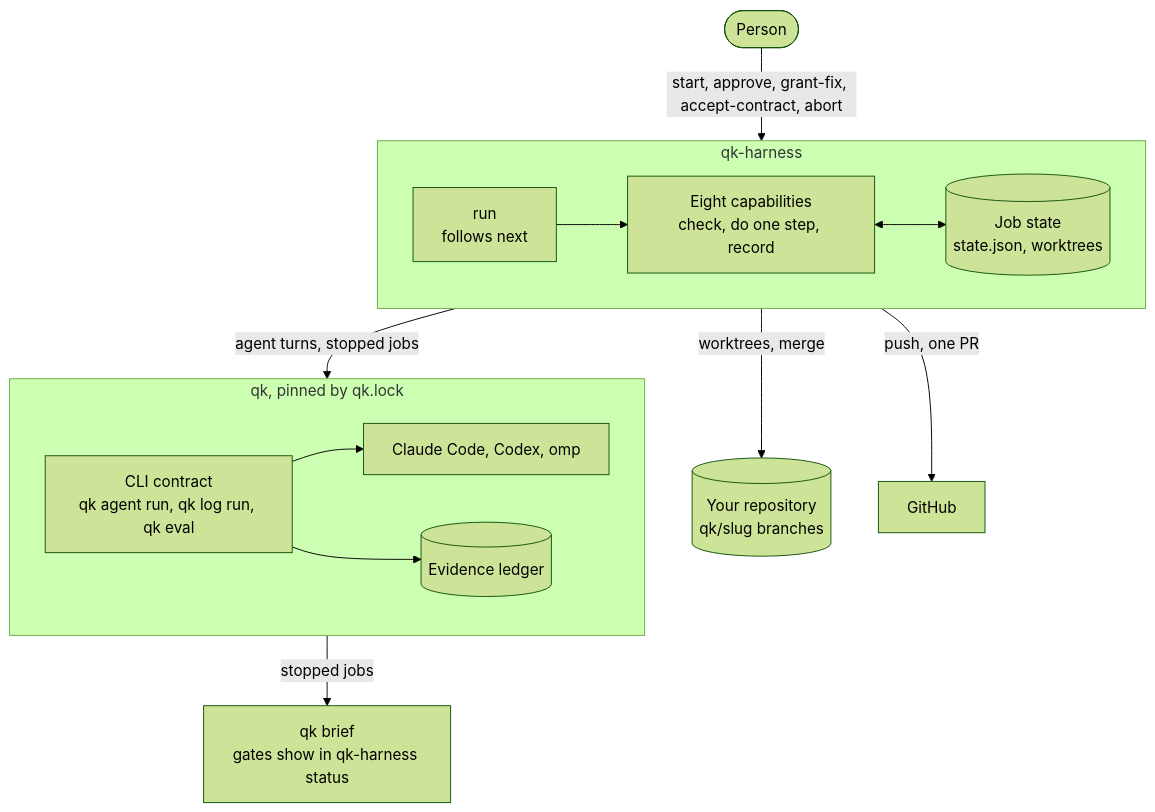
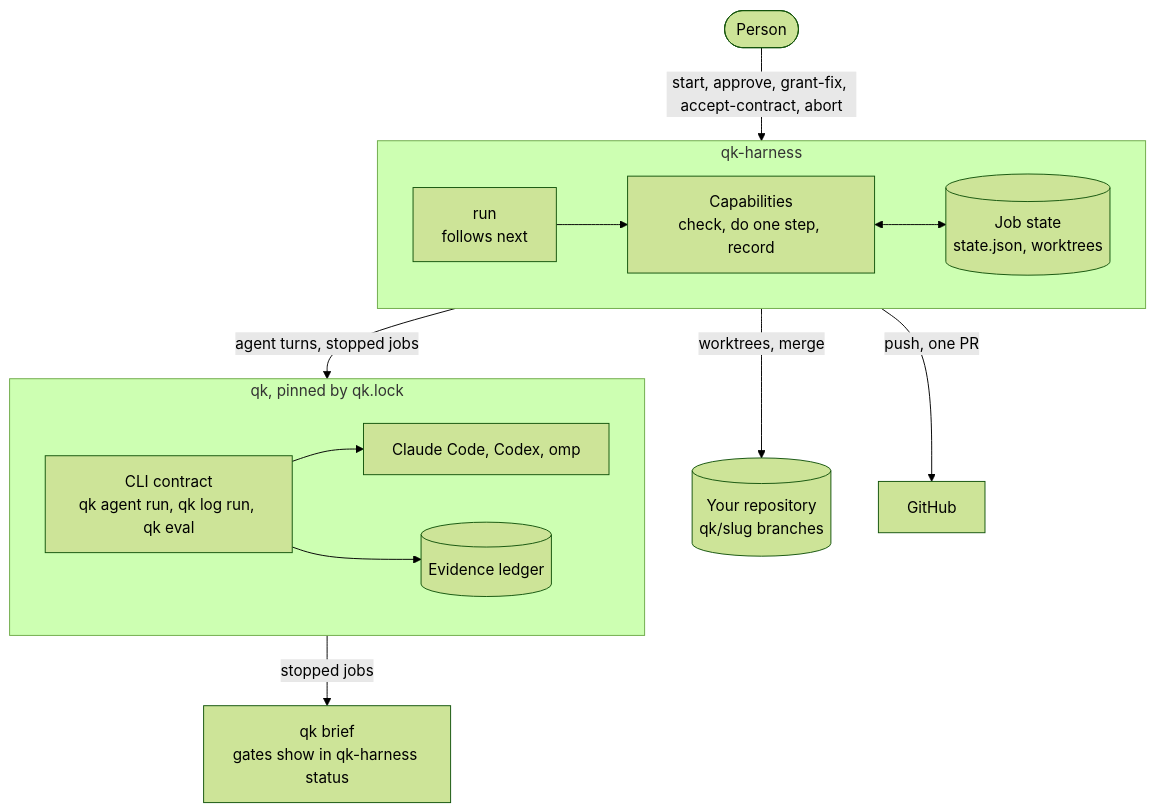
The diagram in docs/en/guide.md (dakiquang/qk-harness), drawn with Mermaid (forest theme) before and after one commit. The commit also changed other lines of this file and 15 other files, not shown here.

````diff
--- a/docs/en/guide.md
+++ b/docs/en/guide.md
@@ -14,18 +14,18 @@
 ```mermaid
 flowchart TB
     person(["Person"]) -- "start, approve, grant-fix, accept-contract, abort" --> harness
     subgraph harness ["qk-harness"]
         direction LR
-        coord["run<br/>follows next"] --> caps["Eight capabilities<br/>check, do one step, record"]
+        coord["run<br/>follows next"] --> caps["Capabilities<br/>check, do one step, record"]
         caps <--> state[("Job state<br/>state.json, worktrees")]
     end
     harness -- "agent turns, stopped jobs" --> qk
     harness -- "worktrees, merge" --> repo[("Your repository<br/>qk/slug branches")]
     harness -- "push, one PR" --> github["GitHub"]
     subgraph qk ["qk, pinned by qk.lock"]
         direction LR
         cli["CLI contract<br/>qk agent run, qk log run, qk eval"] --> runtimes["Claude Code, Codex, omp"]
         cli --> ledger[("Evidence ledger")]
     end
     qk -- "stopped jobs" --> brief["qk brief<br/>gates show in qk-harness status"]
 ```
````
